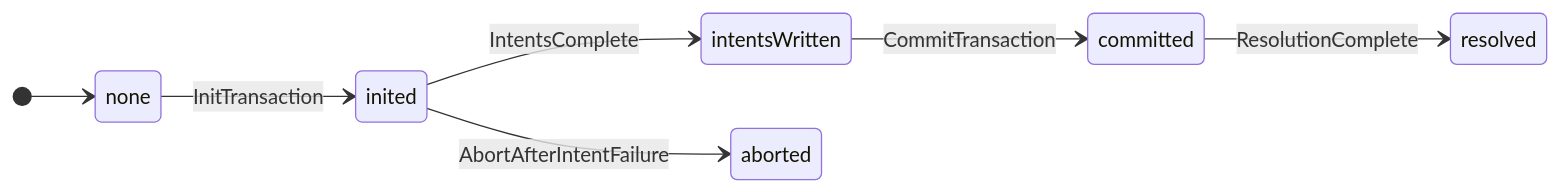
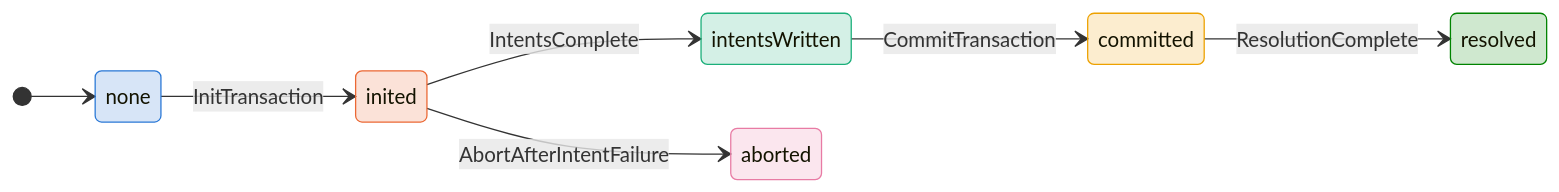
The first of 2 diagrams in zig/specs/tla/diagrams/occ-2pc.md (antflydb/antfly), drawn with Mermaid before and after one commit. The commit also changed 27 other files, not shown here.

````diff
--- a/zig/specs/tla/diagrams/occ-2pc.md
+++ b/zig/specs/tla/diagrams/occ-2pc.md
@@ -13,10 +13,22 @@
 ```mermaid
 stateDiagram-v2
     direction LR
     [*] --> none
     none --> inited : InitTransaction
     inited --> intentsWritten : IntentsComplete
     inited --> aborted : AbortAfterIntentFailure
     intentsWritten --> committed : CommitTransaction
     committed --> resolved : ResolutionComplete
+    classDef c_none fill:#2a78d630,stroke:#2a78d6
+    class none c_none
+    classDef c_inited fill:#eb683430,stroke:#eb6834
+    class inited c_inited
+    classDef c_intentsWritten fill:#1baf7a30,stroke:#1baf7a
+    class intentsWritten c_intentsWritten
+    classDef c_committed fill:#eda10030,stroke:#eda100
+    class committed c_committed
+    classDef c_aborted fill:#e87ba430,stroke:#e87ba4
+    class aborted c_aborted
+    classDef c_resolved fill:#00830030,stroke:#008300
+    class resolved c_resolved
 ```
````
